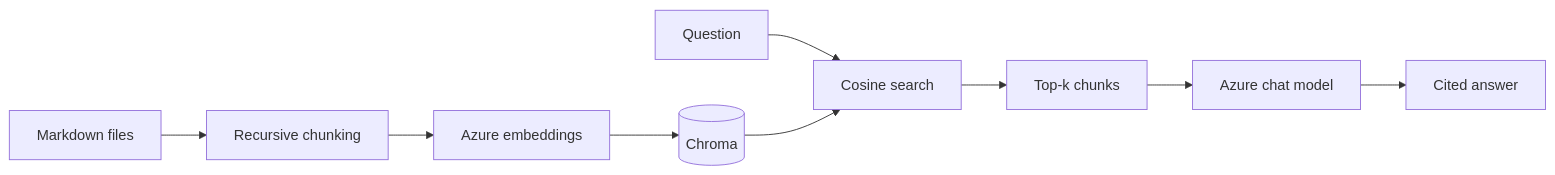
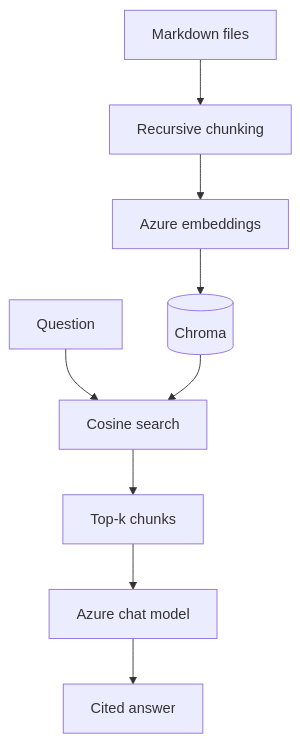
One commit to rajeswarandhandapani/rag-patterns-lab changed the first of 2 diagrams in src/rag_lab/labs/basic_rag/README.md. Above: the diagram before and after it, drawn with Mermaid. The commit also changed other lines of this file and 10 other files, not shown here.

````diff
--- a/src/rag_lab/labs/basic_rag/README.md
+++ b/src/rag_lab/labs/basic_rag/README.md
@@ -9,9 +9,11 @@
 ```mermaid
-flowchart LR
-    Files[Markdown files] --> Split[Recursive chunking]
-    Split --> Embed[Azure embeddings]
-    Embed --> Chroma[(Chroma)]
-    Question --> Search[Cosine search]
-    Chroma --> Search --> Context[Top-k chunks]
-    Context --> Chat[Azure chat model] --> Answer[Cited answer]
+flowchart TD
+    Files["Markdown files"] --> Split["Recursive chunking"]
+    Split --> Embed["Azure embeddings"]
+    Embed --> Chroma[("Chroma")]
+    Question["Question"] --> Search["Cosine search"]
+    Chroma --> Search
+    Search --> Context["Top-k chunks"]
+    Context --> Chat["Azure chat model"]
+    Chat --> Answer["Cited answer"]
 ```
````
